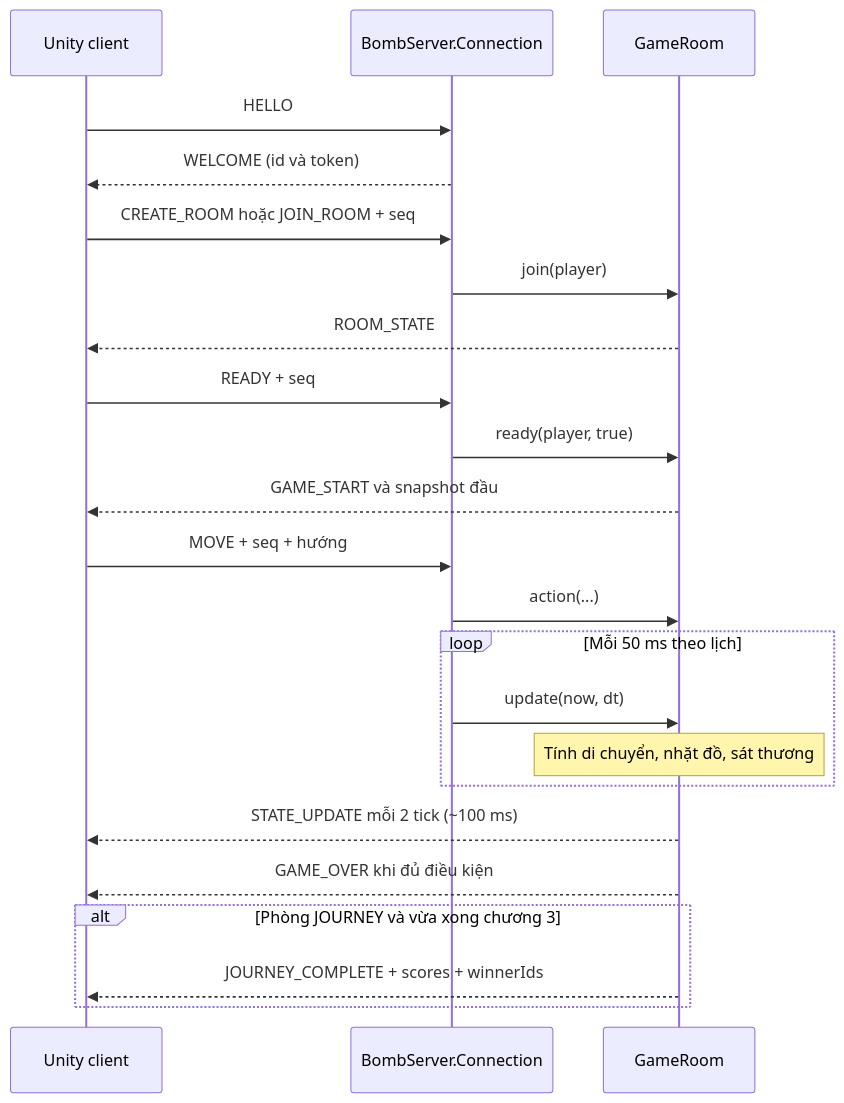
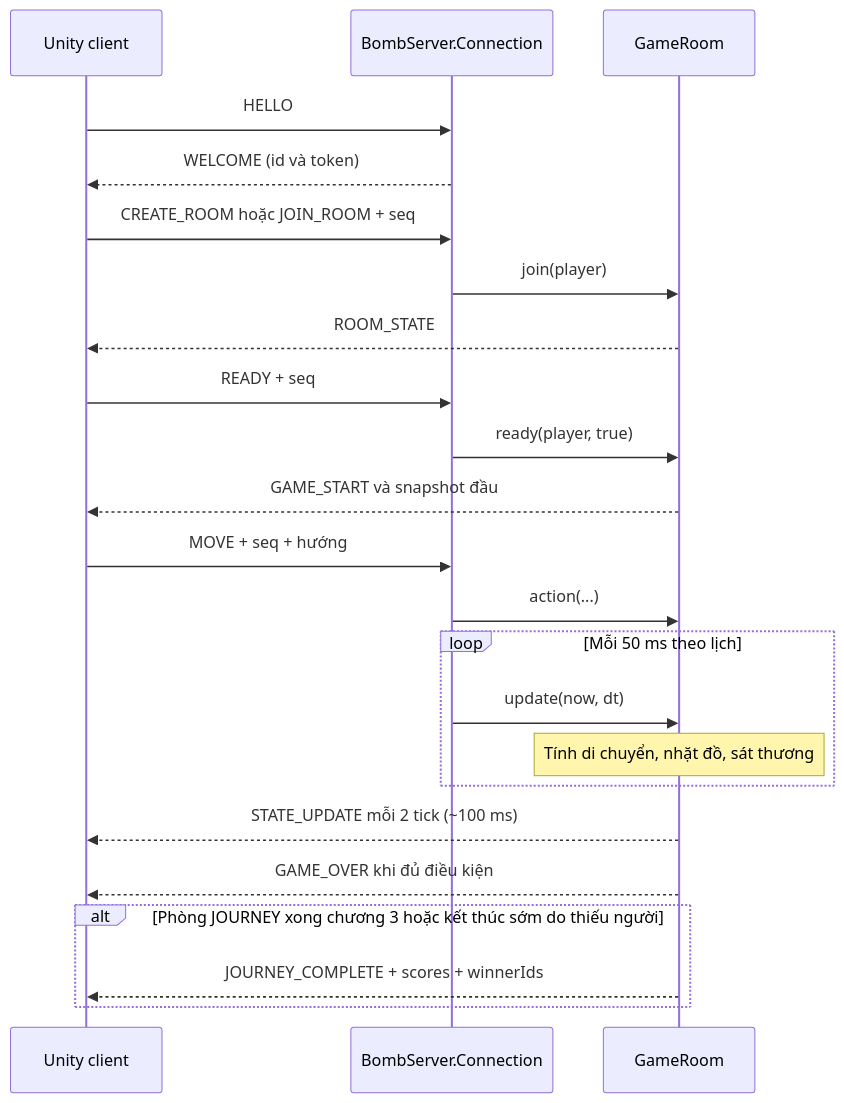
One commit to VyOZzz/-LTM-Bomb-Me-Baby changed the diagram in docs/THANH_VIEN_A_HUONG_DAN.md. Above: the diagram before and after it, drawn with Mermaid. The commit also changed other lines of this file and 32 other files, not shown here.

````diff
--- a/docs/THANH_VIEN_A_HUONG_DAN.md
+++ b/docs/THANH_VIEN_A_HUONG_DAN.md
@@ -66,25 +66,25 @@
 ```mermaid
 sequenceDiagram
     participant U as Unity client
     participant S as BombServer.Connection
     participant R as GameRoom
     U->>S: HELLO
     S-->>U: WELCOME (id và token)
     U->>S: CREATE_ROOM hoặc JOIN_ROOM + seq
     S->>R: join(player)
     R-->>U: ROOM_STATE
     U->>S: READY + seq
     S->>R: ready(player, true)
     R-->>U: GAME_START và snapshot đầu
     U->>S: MOVE + seq + hướng
     S->>R: action(...)
     loop Mỗi 50 ms theo lịch
         S->>R: update(now, dt)
         Note over R: Tính di chuyển, nhặt đồ, sát thương
     end
     R-->>U: STATE_UPDATE mỗi 2 tick (~100 ms)
     R-->>U: GAME_OVER khi đủ điều kiện
-    alt Phòng JOURNEY và vừa xong chương 3
+    alt Phòng JOURNEY xong chương 3 hoặc kết thúc sớm do thiếu người
         R-->>U: JOURNEY_COMPLETE + scores + winnerIds
     end
 ```
````
